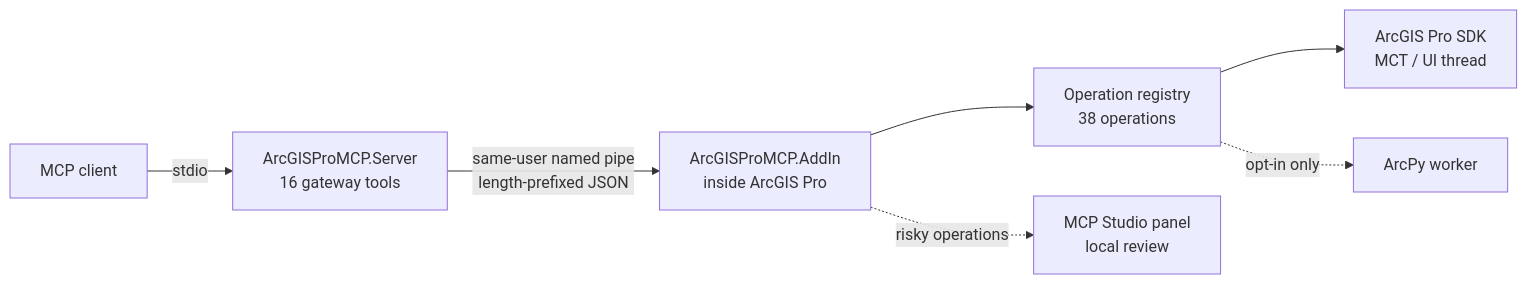
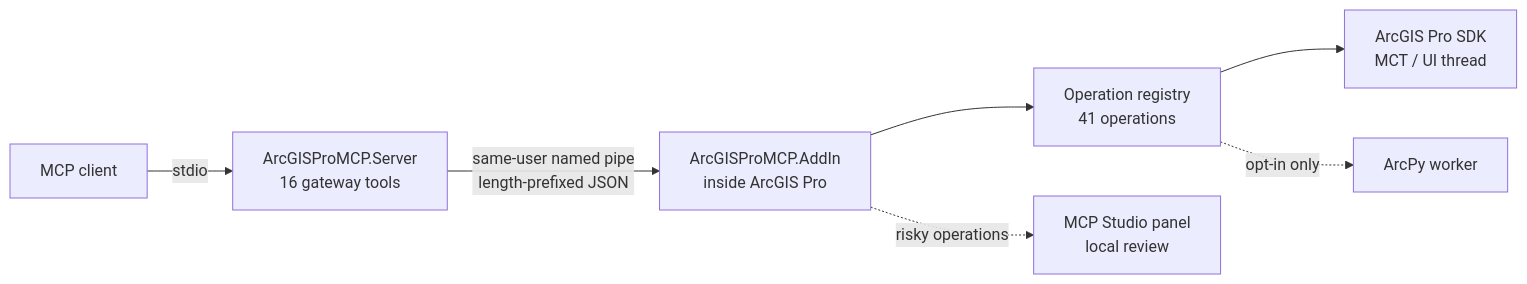
Before and after one commit to nicoazel/ArcGISPro.MCP: the diagram in docs/README.md, drawn with Mermaid. The commit also changed other lines of this file and 6 other files, not shown here.

````diff
--- a/docs/README.md
+++ b/docs/README.md
@@ -7,9 +7,9 @@
 ```mermaid
 flowchart LR
     client["MCP client"] -->|stdio| server["ArcGISProMCP.Server<br/>16 gateway tools"]
     server -->|"same-user named pipe<br/>length-prefixed JSON"| addin["ArcGISProMCP.AddIn<br/>inside ArcGIS Pro"]
-    addin --> registry["Operation registry<br/>38 operations"]
+    addin --> registry["Operation registry<br/>41 operations"]
     registry --> sdk["ArcGIS Pro SDK<br/>MCT / UI thread"]
     addin -.->|"risky operations"| panel["MCP Studio panel<br/>local review"]
     registry -.->|"opt-in only"| arcpy["ArcPy worker"]
 ```
````
